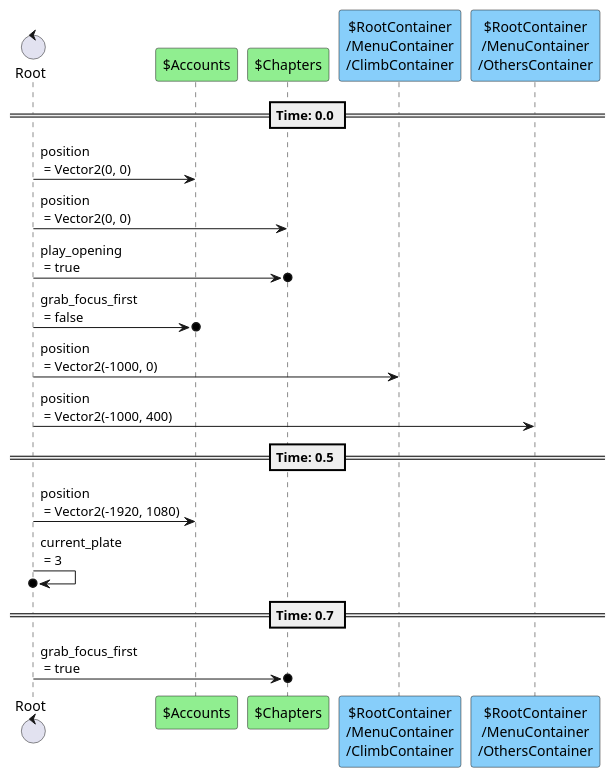
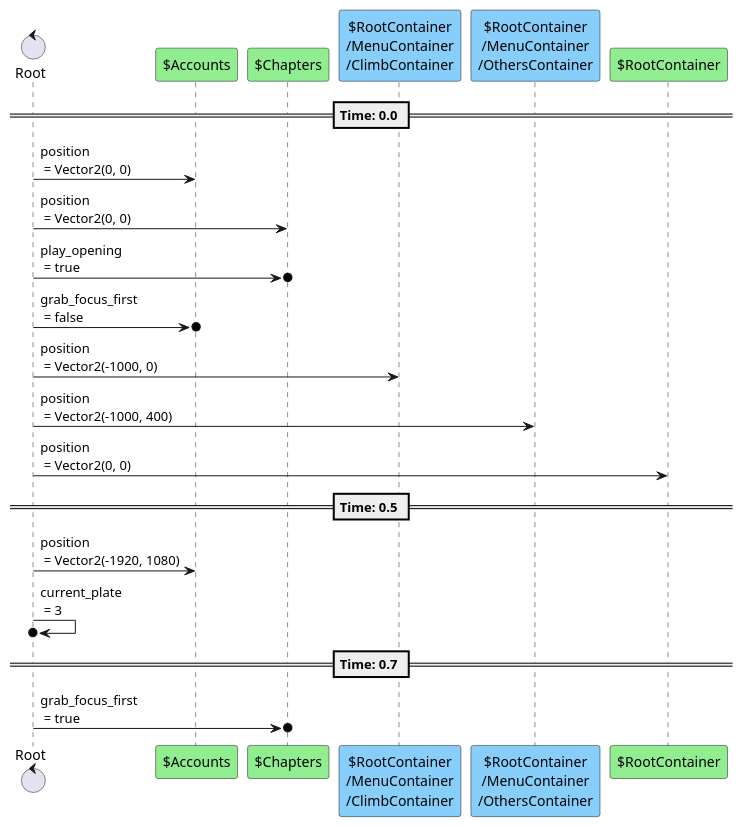
One commit to tkmfujise/Platformer-Game-Learning changed the fifth of 10 diagrams in content/scenes/src/beginning/menu/menu.tscn.adoc. Above: the diagram before and after it, drawn with PlantUML. The commit also changed other lines of this file and 322 other files, not shown here.

```diff
--- a/content/scenes/src/beginning/menu/menu.tscn.adoc
+++ b/content/scenes/src/beginning/menu/menu.tscn.adoc
@@ -442,25 +473,27 @@
 [plantuml]
 ....
 control "Root" as R
 participant "$Accounts" as T0 #90EE90
 participant "$Chapters" as T1 #90EE90
 participant "$RootContainer\n/MenuContainer\n/ClimbContainer" as T5 #87CEFA
 participant "$RootContainer\n/MenuContainer\n/OthersContainer" as T6 #87CEFA
+participant "$RootContainer" as T8 #90EE90
 
 
 
 == Time: 0.0 ==
 R  ->  T0 : position\n = Vector2(0, 0)
 R  ->  T1 : position\n = Vector2(0, 0)
 R  ->o  T1 : play_opening\n = true
 R  ->o  T0 : grab_focus_first\n = false
 R  ->  T5 : position\n = Vector2(-1000, 0)
 R  ->  T6 : position\n = Vector2(-1000, 400)
+R  ->  T8 : position\n = Vector2(0, 0)
 == Time: 0.5 ==
 R  ->  T0 : position\n = Vector2(-1920, 1080)
 R  ->o  R : current_plate\n = 3
 == Time: 0.7 ==
 R  ->o  T1 : grab_focus_first\n = true
 
 
 ....
```
